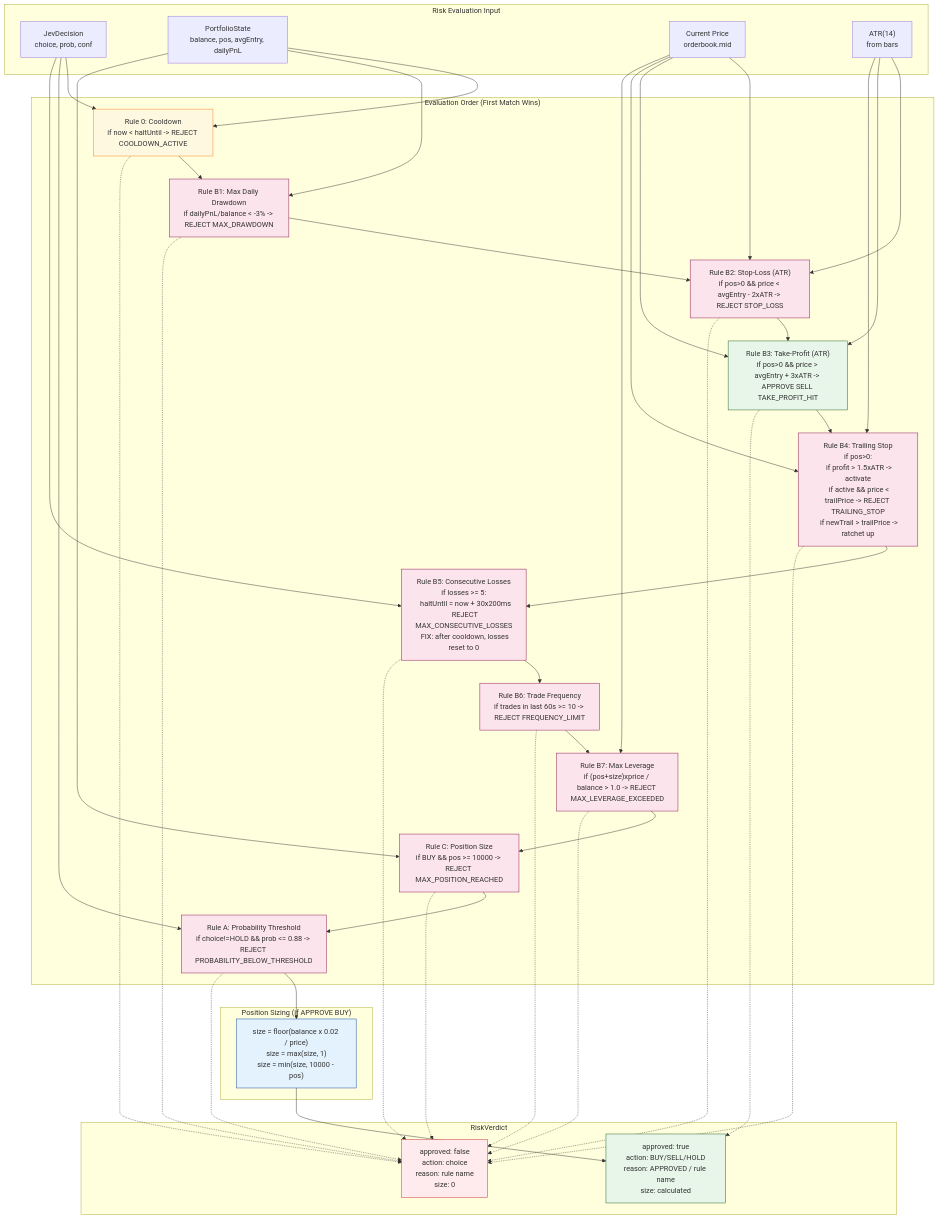
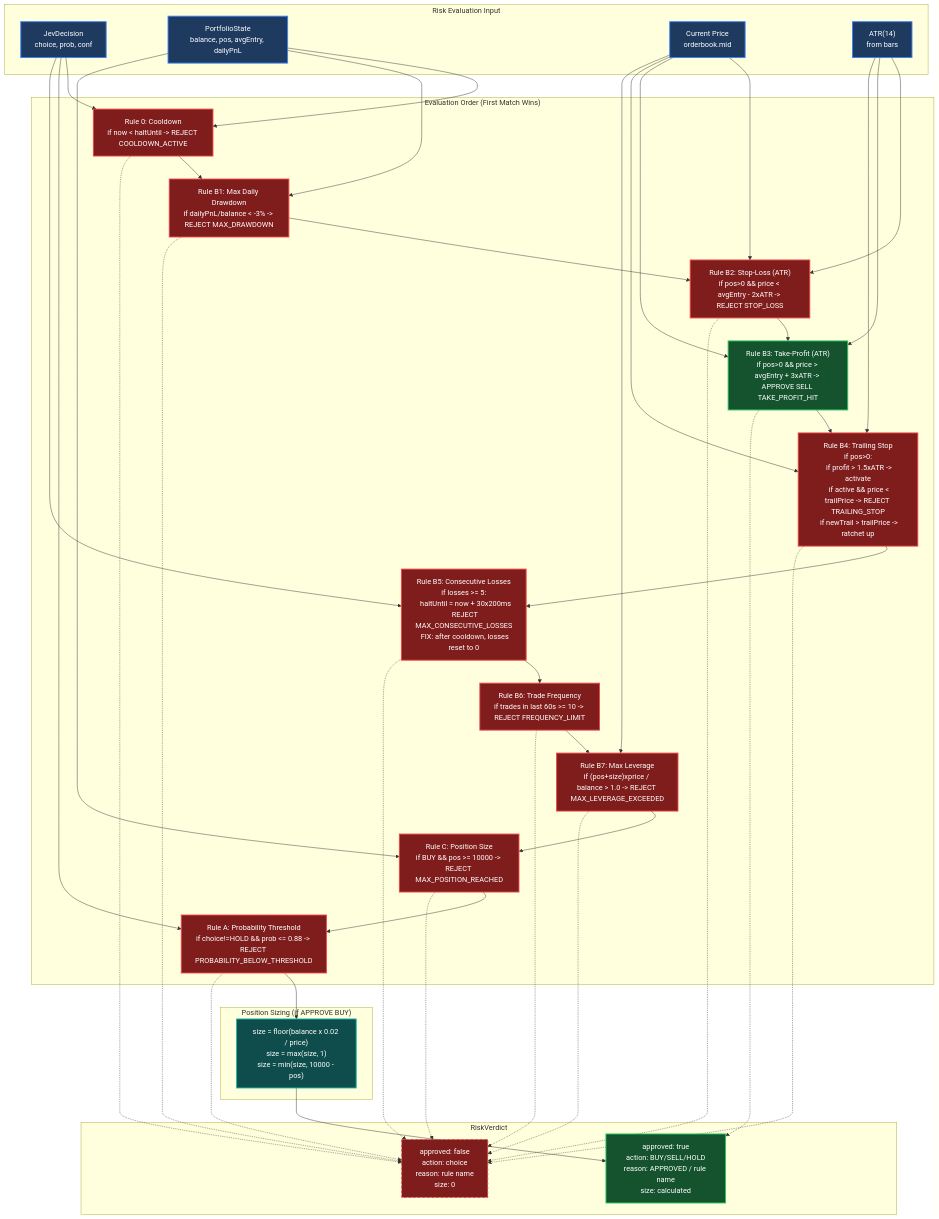
One commit to sudish80/Cerebro changed the diagram in docs/architecture/risk-engine.mmd. Above: the diagram before and after it, drawn with Mermaid. The commit also changed 4 other files, not shown here.

First line of the commit message:
docs: improve Mermaid diagrams with professional color grading

```diff
--- a/docs/architecture/risk-engine.mmd
+++ b/docs/architecture/risk-engine.mmd
@@ -1,88 +1,89 @@
 flowchart TD
     subgraph Input["Risk Evaluation Input"]
         DEC["JevDecision<br/>choice, prob, conf"]
         PORT["PortfolioState<br/>balance, pos, avgEntry, dailyPnL"]
         PRICE["Current Price<br/>orderbook.mid"]
         ATR["ATR(14)<br/>from bars"]
     end
 
     DEC --> R0
     PORT --> R0
     PORT --> B1
     PORT --> C1
     PRICE --> B2
     PRICE --> B3
     PRICE --> B4
     PRICE --> B7
     ATR --> B2
     ATR --> B3
     ATR --> B4
     DEC --> A1
     DEC --> B5
 
     subgraph Rules["Evaluation Order (First Match Wins)"]
         R0["Rule 0: Cooldown<br/>if now < haltUntil -> REJECT COOLDOWN_ACTIVE"]
         
         B1["Rule B1: Max Daily Drawdown<br/>if dailyPnL/balance < -3% -> REJECT MAX_DRAWDOWN"]
         
         B2["Rule B2: Stop-Loss (ATR)<br/>if pos>0 && price < avgEntry - 2xATR -> REJECT STOP_LOSS"]
         
         B3["Rule B3: Take-Profit (ATR)<br/>if pos>0 && price > avgEntry + 3xATR -> APPROVE SELL TAKE_PROFIT_HIT"]
         
         B4["Rule B4: Trailing Stop<br/>if pos>0:<br/>  if profit > 1.5xATR -> activate<br/>  if active && price < trailPrice -> REJECT TRAILING_STOP<br/>  if newTrail > trailPrice -> ratchet up"]
         
         B5["Rule B5: Consecutive Losses<br/>if losses >= 5:<br/>  haltUntil = now + 30x200ms<br/>  REJECT MAX_CONSECUTIVE_LOSSES<br/>  FIX: after cooldown, losses reset to 0"]
         
         B6["Rule B6: Trade Frequency<br/>if trades in last 60s >= 10 -> REJECT FREQUENCY_LIMIT"]
         
         B7["Rule B7: Max Leverage<br/>if (pos+size)xprice / balance > 1.0 -> REJECT MAX_LEVERAGE_EXCEEDED"]
         
         C1["Rule C: Position Size<br/>if BUY && pos >= 10000 -> REJECT MAX_POSITION_REACHED"]
         
         A1["Rule A: Probability Threshold<br/>if choice!=HOLD && prob <= 0.88 -> REJECT PROBABILITY_BELOW_THRESHOLD"]
     end
 
     subgraph Sizing["Position Sizing (if APPROVE BUY)"]
         SZ["size = floor(balance x 0.02 / price)<br/>size = max(size, 1)<br/>size = min(size, 10000 - pos)"]
     end
 
     subgraph Output["RiskVerdict"]
         APP["approved: true<br/>action: BUY/SELL/HOLD<br/>reason: APPROVED / rule name<br/>size: calculated"]
         REJ["approved: false<br/>action: choice<br/>reason: rule name<br/>size: 0"]
     end
 
     R0 --> B1
     B1 --> B2
     B2 --> B3
     B3 --> B4
     B4 --> B5
     B5 --> B6
     B6 --> B7
     B7 --> C1
     C1 --> A1
     A1 --> SZ
     SZ --> APP
     R0 -.-> REJ
     B1 -.-> REJ
     B2 -.-> REJ
     B3 -.-> APP
     B4 -.-> REJ
     B5 -.-> REJ
     B6 -.-> REJ
     B7 -.-> REJ
     C1 -.-> REJ
     A1 -.-> REJ
 
-    style R0 fill:#fff8e1,stroke:#f57f17
-    style B1 fill:#fce4ec,stroke:#880e4f
-    style B2 fill:#fce4ec,stroke:#880e4f
-    style B3 fill:#e8f5e9,stroke:#1b5e20
-    style B4 fill:#fce4ec,stroke:#880e4f
-    style B5 fill:#fce4ec,stroke:#880e4f
-    style B6 fill:#fce4ec,stroke:#880e4f
-    style B7 fill:#fce4ec,stroke:#880e4f
-    style C1 fill:#fce4ec,stroke:#880e4f
-    style A1 fill:#fce4ec,stroke:#880e4f
-    style APP fill:#e8f5e9,stroke:#1b5e20
-    style REJ fill:#ffebee,stroke:#c62828
-    style SZ fill:#e3f2fd,stroke:#0d47a1
+    classDef input fill:#1e3a5f,color:#fff,stroke:#3b82f6,stroke-width:2px
+    classDef rule fill:#7f1d1d,color:#fff,stroke:#ef4444,stroke-width:2px
+    classDef approve fill:#14532d,color:#fff,stroke:#22c55e,stroke-width:2px
+    classDef reject fill:#7f1d1d,color:#fff,stroke:#ef4444,stroke-width:2px,stroke-dasharray: 5 5
+    classDef sizing fill:#0f4c4c,color:#fff,stroke:#14b8a6,stroke-width:2px
+    classDef outputApprove fill:#14532d,color:#fff,stroke:#22c55e,stroke-width:2px
+    classDef outputReject fill:#7f1d1d,color:#fff,stroke:#ef4444,stroke-width:2px,stroke-dasharray: 5 5
+
+    class DEC,PORT,PRICE,ATR input
+    class R0,B1,B2,B4,B5,B6,B7,C1,A1 rule
+    class B3 approve
+    class SZ sizing
+    class APP outputApprove
+    class REJ outputReject
```
